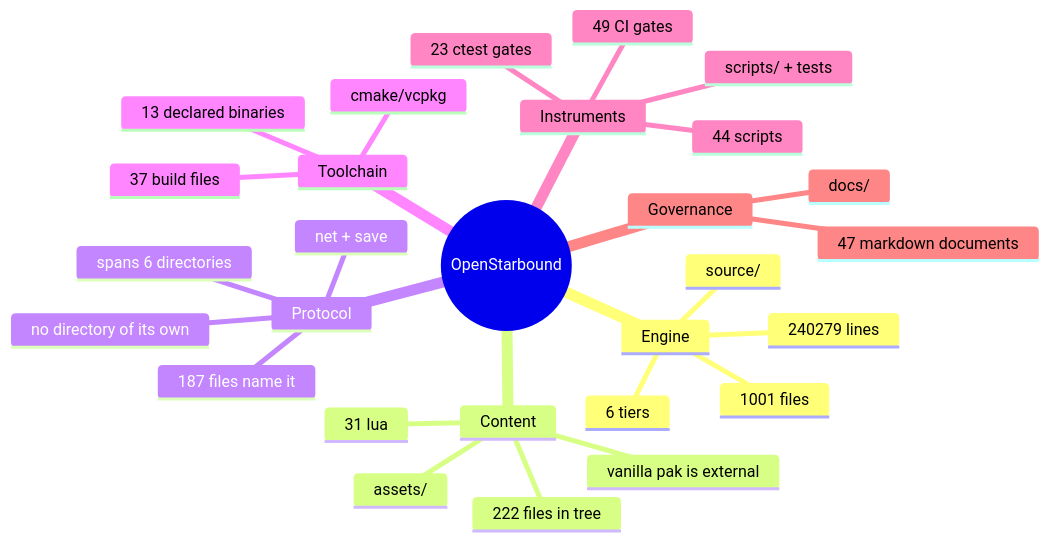
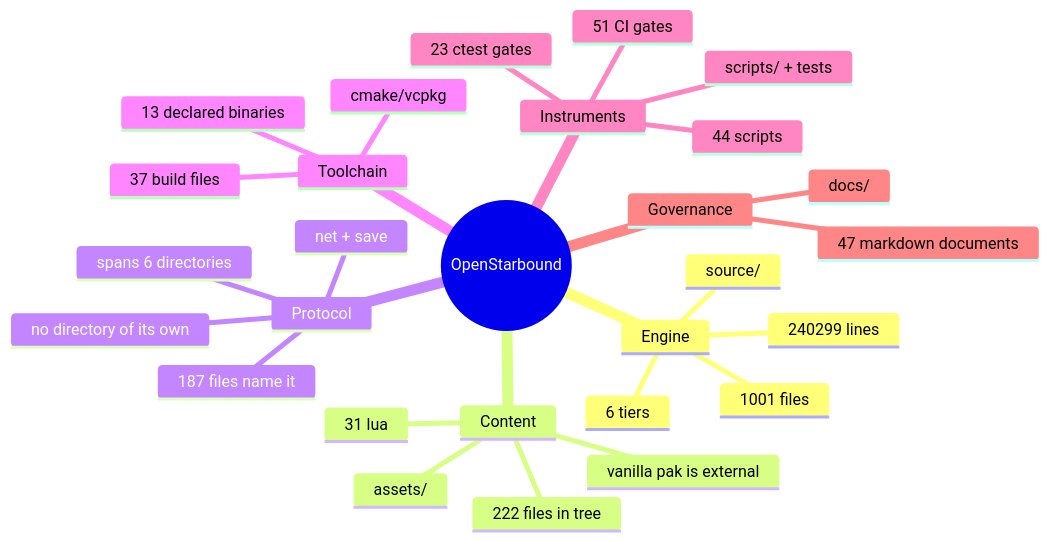
Before and after one commit to apnex/OpenStarbound: the second of 11 diagrams in docs/architecture/system-boundaries.md, drawn with Mermaid. The commit also changed other lines of this file and 10 other files, not shown here.

````diff
--- a/docs/architecture/system-boundaries.md
+++ b/docs/architecture/system-boundaries.md
@@ -166,31 +166,31 @@
 ```mermaid
 mindmap
   root((OpenStarbound))
     Engine
       source/
       1001 files
-      240279 lines
+      240299 lines
       6 tiers
     Content
       assets/
       222 files in tree
       31 lua
       vanilla pak is external
     Protocol
       net + save
       187 files name it
       spans 6 directories
       no directory of its own
     Toolchain
       cmake/vcpkg
       37 build files
       13 declared binaries
     Instruments
       scripts/ + tests
       44 scripts
       23 ctest gates
-      49 CI gates
+      51 CI gates
     Governance
       docs/
       47 markdown documents
 ```
````
